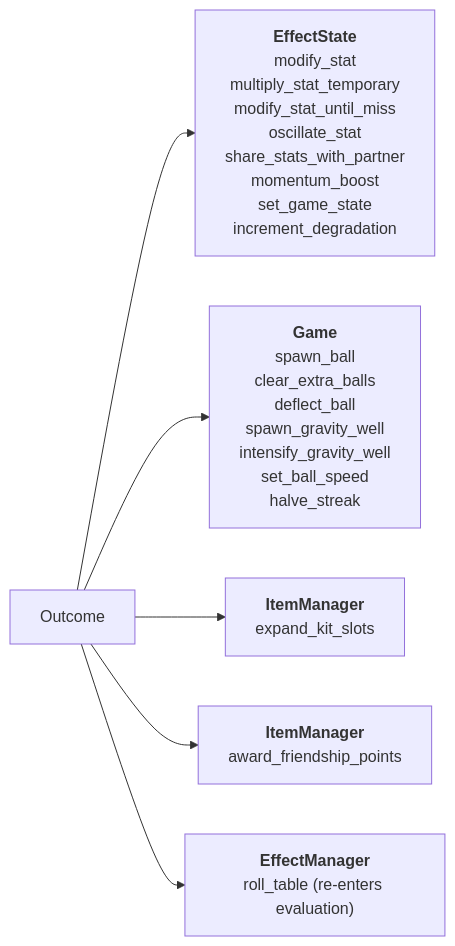
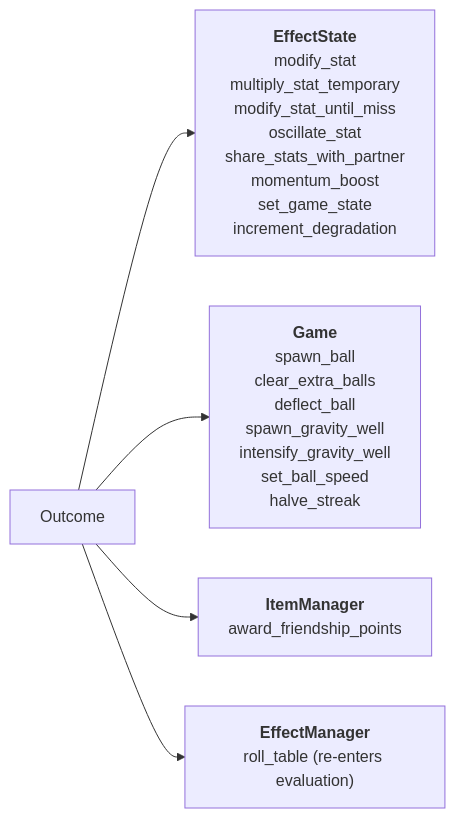
Before and after one commit to J-Melon/volley-vendetta: the third of 10 diagrams in designs/01-prototype/07-effect-system.md, drawn with Mermaid. The commit also changed other lines of this file and 10 other files, not shown here.

````diff
--- a/designs/01-prototype/07-effect-system.md
+++ b/designs/01-prototype/07-effect-system.md
@@ -259,8 +262,7 @@
 ```mermaid
 flowchart LR
     Outcome --> EffectState["<b>EffectState</b><br/>modify_stat<br/>multiply_stat_temporary<br/>modify_stat_until_miss<br/>oscillate_stat<br/>share_stats_with_partner<br/>momentum_boost<br/>set_game_state<br/>increment_degradation"]
     Outcome --> GameActions["<b>Game</b><br/>spawn_ball<br/>clear_extra_balls<br/>deflect_ball<br/>spawn_gravity_well<br/>intensify_gravity_well<br/>set_ball_speed<br/>halve_streak"]
-    Outcome --> ItemManager["<b>ItemManager</b><br/>expand_kit_slots"]
     Outcome --> Economy["<b>ItemManager</b><br/>award_friendship_points"]
     Outcome --> Self["<b>EffectManager</b><br/>roll_table (re-enters evaluation)"]
 ```
````
